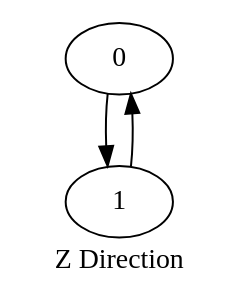
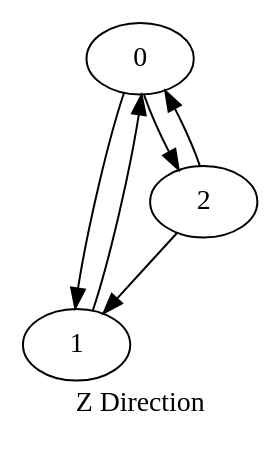
Before and after one commit to KIKI007/FrameInterlock: the diagram in cmake-build-debug/tmp_2.dot, drawn with Graphviz. The commit also changed 27 other files, not shown here.

```diff
--- a/cmake-build-debug/tmp_2.dot
+++ b/cmake-build-debug/tmp_2.dot
@@ -1,4 +1,7 @@
 digraph {
 label="Z Direction"0 -> 1
+0 -> 2
 1 -> 0
+2 -> 0
+2 -> 1
 }
```
